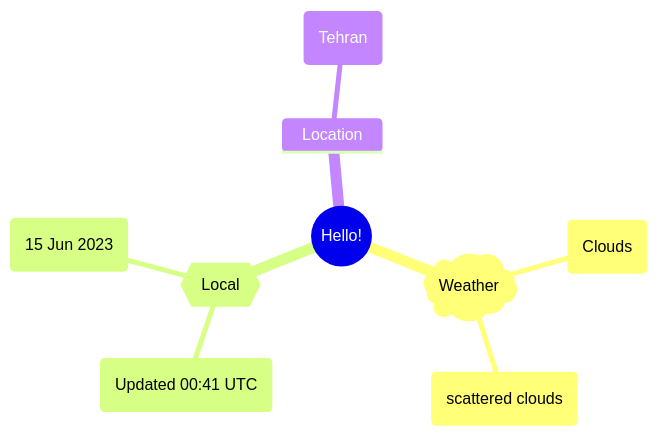
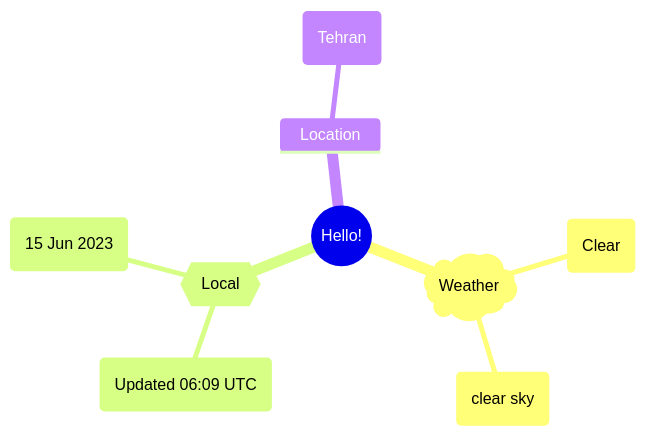
The first of 2 diagrams in README.md (Xosrov/Xosrov), drawn with Mermaid before and after one commit.

Commit message:
[bot] updated images

````diff
--- a/README.md
+++ b/README.md
@@ -3,12 +3,12 @@
 ```mermaid
 mindmap
   root((Hello!))
     )Weather(
-        (Clouds)
-        (scattered clouds)
+        (Clear)
+        (clear sky)
     {{Local}}
-        (Updated 00:41 UTC)
+        (Updated 06:09 UTC)
         (15 Jun 2023)
     Location
         (Tehran)
 ```
````
